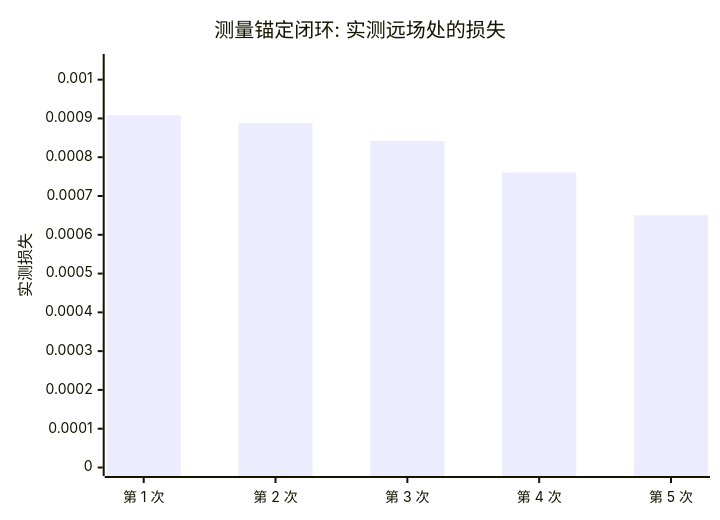
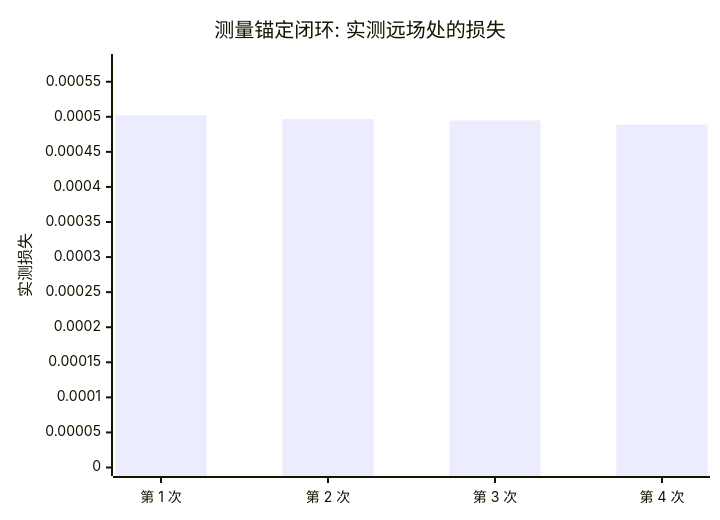
The second of 2 diagrams in report/slm/differentiable_opt/differentiable_opt_report.md (ywzhang909/AO-shaping), drawn with Mermaid before and after one commit. The commit also changed other lines of this file and 55 other files, not shown here.

````diff
--- a/report/slm/differentiable_opt/differentiable_opt_report.md
+++ b/report/slm/differentiable_opt/differentiable_opt_report.md
@@ -287,7 +288,7 @@
 ```mermaid
 xychart-beta
     title "测量锚定闭环: 实测远场处的损失"
-    x-axis ["第 1 次", "第 2 次", "第 3 次", "第 4 次", "第 5 次"]
-    y-axis "实测损失" 0 --> 0.00104423
-    bar [0.000908026, 0.000887891, 0.000842082, 0.000760934, 0.000650242]
+    x-axis ["第 1 次", "第 2 次", "第 3 次", "第 4 次"]
+    y-axis "实测损失" 0 --> 0.000577429
+    bar [0.000502112, 0.000496703, 0.000494748, 0.000488914]
 ```
````
